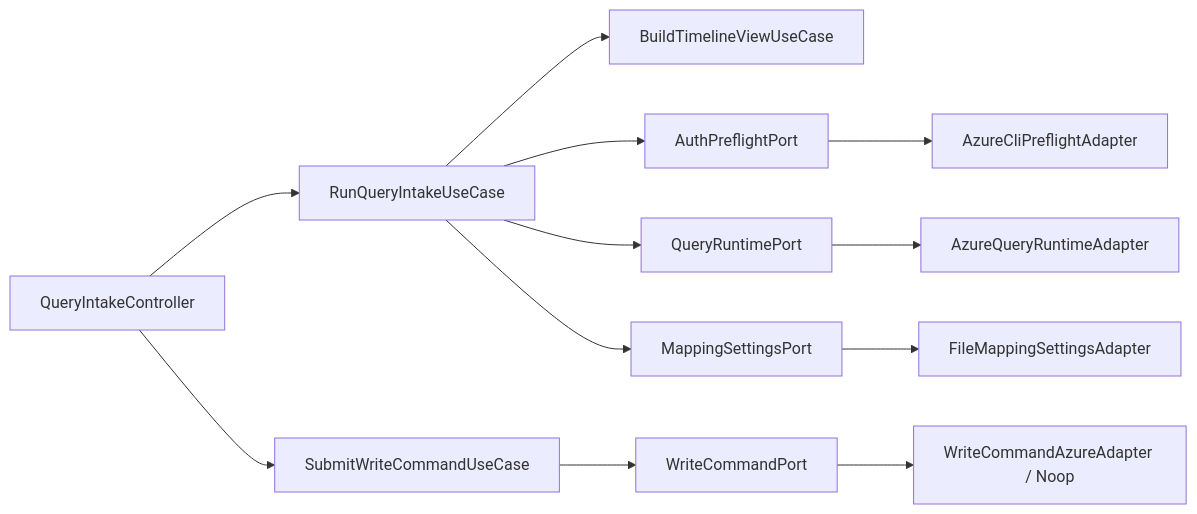
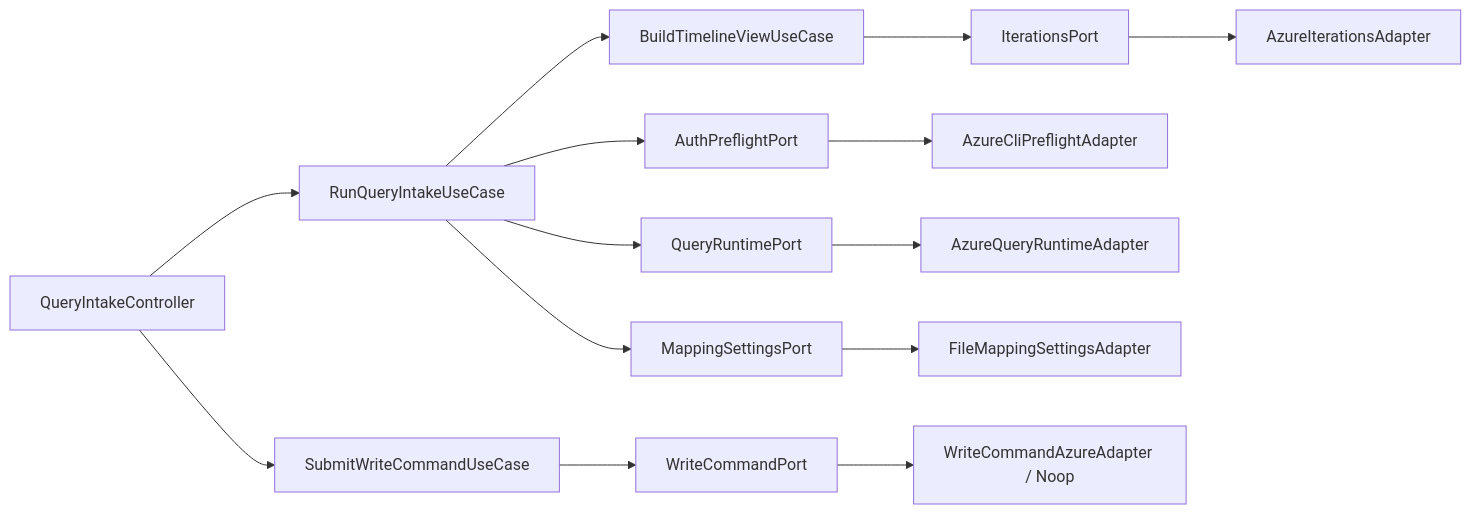
Before and after one commit to tensor-five/AzureGanttOps: the diagram in docs/c4/component.md, drawn with Mermaid. The commit also changed other lines of this file and 3 other files, not shown here.

````diff
--- a/docs/c4/component.md
+++ b/docs/c4/component.md
@@ -5,30 +5,34 @@
 ```mermaid
 flowchart LR
   Controller[QueryIntakeController]
   RunIntake[RunQueryIntakeUseCase]
   BuildView[BuildTimelineViewUseCase]
   SubmitWrite[SubmitWriteCommandUseCase]
 
   AuthPort[AuthPreflightPort]
   QueryPort[QueryRuntimePort]
+  IterationsPort[IterationsPort]
   MappingPort[MappingSettingsPort]
   WritePort[WriteCommandPort]
 
   AuthAdapter[AzureCliPreflightAdapter]
   QueryAdapter[AzureQueryRuntimeAdapter]
+  IterationsAdapter[AzureIterationsAdapter]
   MappingAdapter[FileMappingSettingsAdapter]
   WriteAdapters[WriteCommandAzureAdapter / Noop]
 
   Controller --> RunIntake
   Controller --> SubmitWrite
   RunIntake --> AuthPort
   RunIntake --> QueryPort
   RunIntake --> MappingPort
   RunIntake --> BuildView
+  BuildView --> IterationsPort
   SubmitWrite --> WritePort
 
   AuthPort --> AuthAdapter
   QueryPort --> QueryAdapter
+  IterationsPort --> IterationsAdapter
   MappingPort --> MappingAdapter
   WritePort --> WriteAdapters
 ```
````
